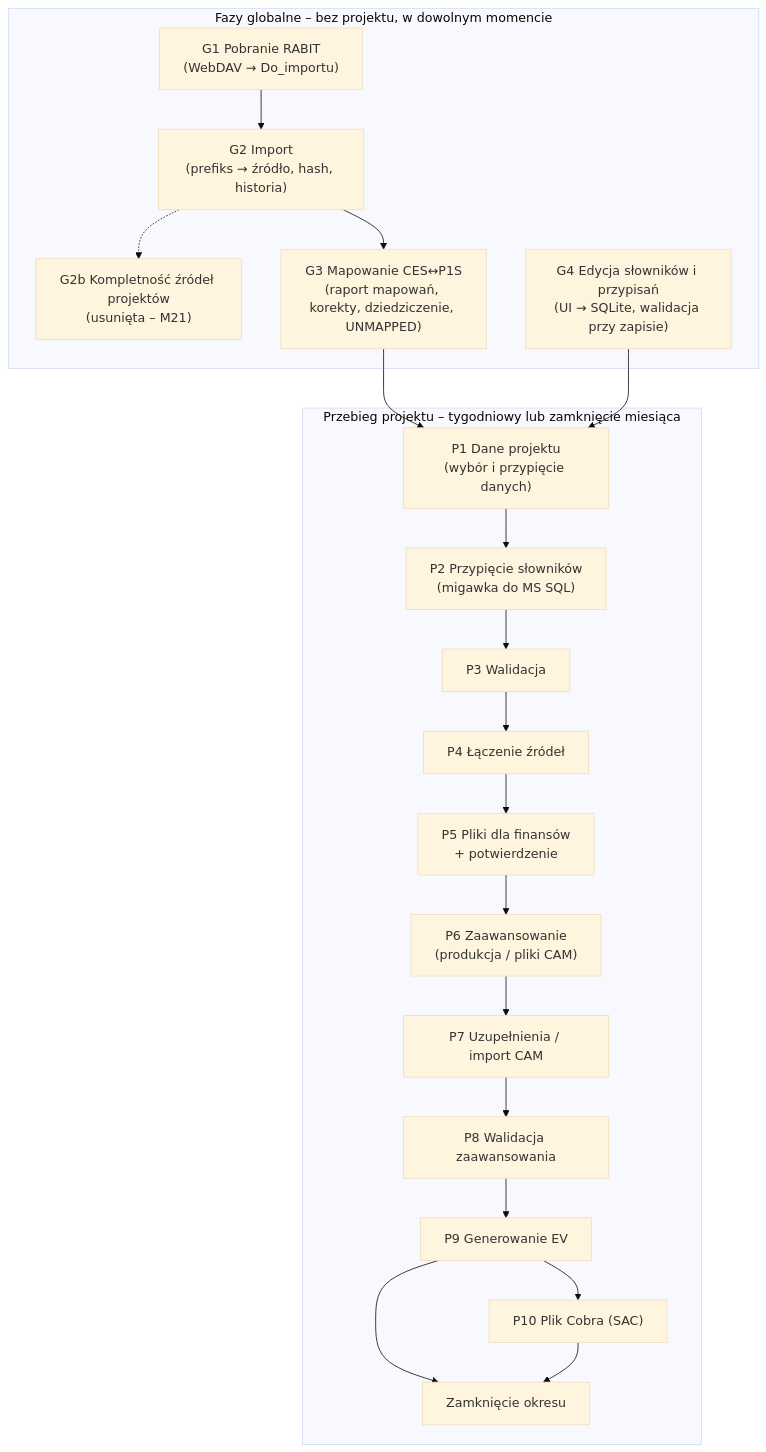
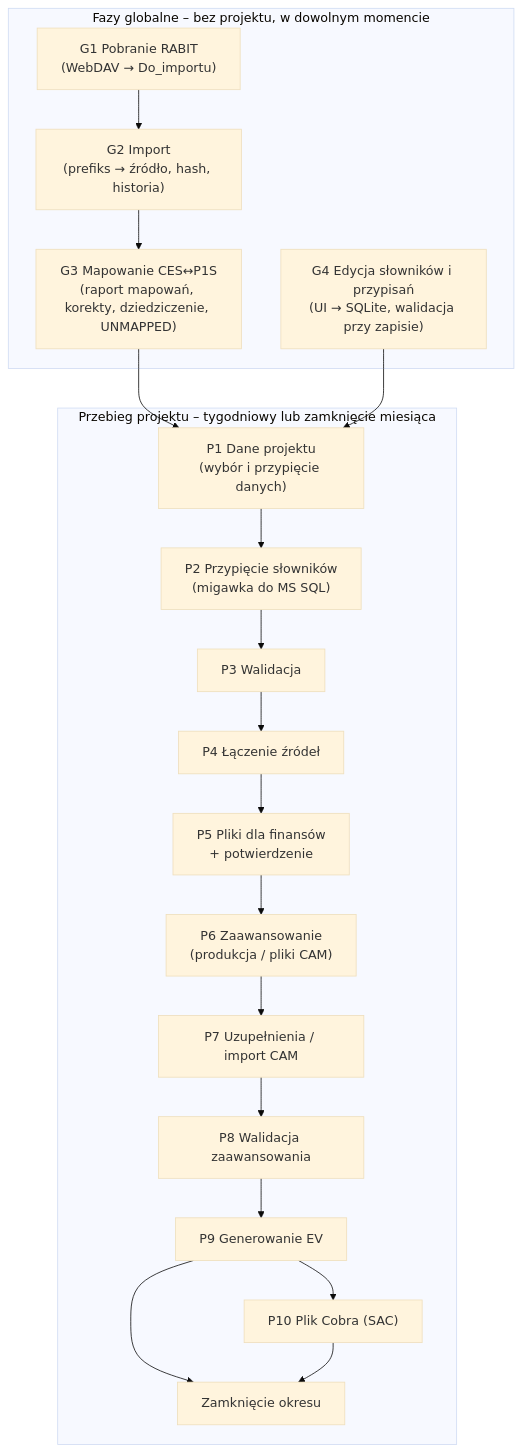
Before and after one commit to skrobi/ahd: the diagram in docs/pipeline-fazy.md, drawn with Mermaid (base theme). The commit also changed other lines of this file and 9 other files, not shown here.

First line of the commit message:
Usunięcie wymaganych źródeł projektów i kontroli kompletności (M21)

````diff
--- a/docs/pipeline-fazy.md
+++ b/docs/pipeline-fazy.md
@@ -32,24 +32,23 @@
 ```mermaid
 flowchart TD
   subgraph G["Fazy globalne – bez projektu, w dowolnym momencie"]
     G1["G1 Pobranie RABIT<br/>(WebDAV → Do_importu)"] --> G2["G2 Import<br/>(prefiks → źródło, hash, historia)"]
-    G2 -.-> G2b["G2b Kompletność źródeł projektów<br/>(usunięta – M21)"]
     G2 --> G3["G3 Mapowanie CES↔P1S<br/>(raport mapowań, korekty, dziedziczenie, UNMAPPED)"]
     G4["G4 Edycja słowników i przypisań<br/>(UI → SQLite, walidacja przy zapisie)"]
   end
   subgraph P["Przebieg projektu – tygodniowy lub zamknięcie miesiąca"]
     P1["P1 Dane projektu<br/>(wybór i przypięcie danych)"] --> P2["P2 Przypięcie słowników<br/>(migawka do MS SQL)"]
     P2 --> P3["P3 Walidacja"]
     P3 --> P4["P4 Łączenie źródeł"]
     P4 --> P5["P5 Pliki dla finansów<br/>+ potwierdzenie"]
     P5 --> P6["P6 Zaawansowanie<br/>(produkcja / pliki CAM)"]
     P6 --> P7["P7 Uzupełnienia / import CAM"]
     P7 --> P8["P8 Walidacja zaawansowania"]
     P8 --> P9["P9 Generowanie EV"]
     P9 --> P10["P10 Plik Cobra (SAC)"]
     P9 --> Z["Zamknięcie okresu"]
     P10 --> Z
   end
   G3 --> P1
   G4 --> P1
 ```
````
